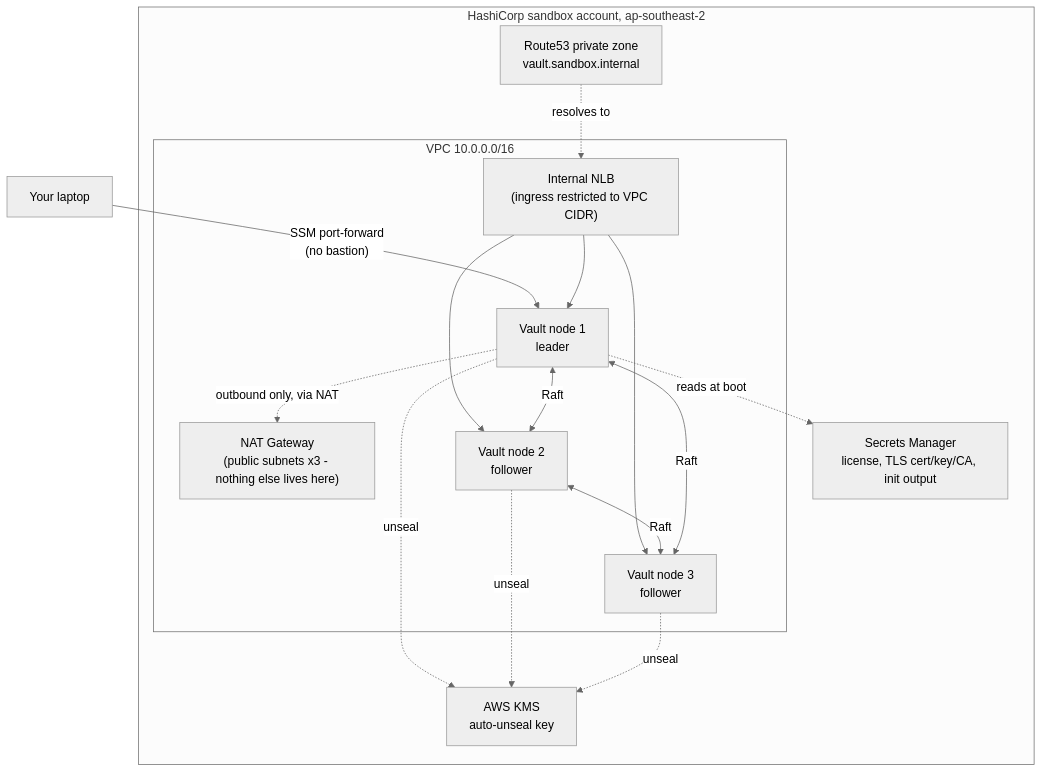
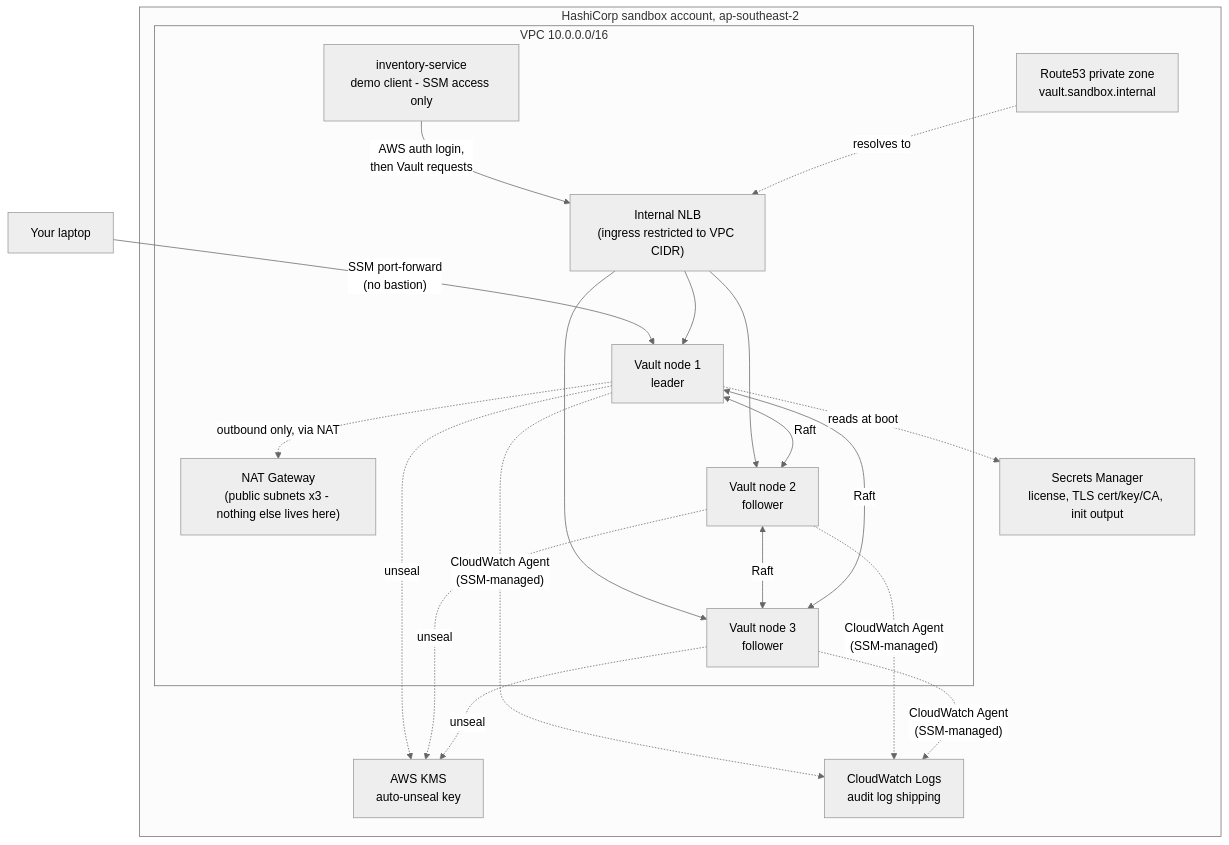
The diagram in docs/reference/architecture.md (markcarriedo/vault-enterprise-field-guide), drawn with Mermaid (neutral theme) before and after one commit. The commit also changed other lines of this file and 7 other files, not shown here.

First line of the commit message:
feat(vault): audit logging to CloudWatch via SSM State Manager

````diff
--- a/docs/reference/architecture.md
+++ b/docs/reference/architecture.md
@@ -6,31 +6,37 @@
 ```mermaid
 flowchart TB
     You["Your laptop"]
 
     subgraph AWS["HashiCorp sandbox account, ap-southeast-2"]
         subgraph VPC["VPC 10.0.0.0/16"]
             NAT["NAT Gateway\n(public subnets x3 - nothing else lives here)"]
             LB["Internal NLB\n(ingress restricted to VPC CIDR)"]
             V1["Vault node 1\nleader"]
             V2["Vault node 2\nfollower"]
             V3["Vault node 3\nfollower"]
+            App["inventory-service\ndemo client - SSM access only"]
         end
         KMS["AWS KMS\nauto-unseal key"]
         SM["Secrets Manager\nlicense, TLS cert/key/CA, init output"]
         R53["Route53 private zone\nvault.sandbox.internal"]
+        CW["CloudWatch Logs\naudit log shipping"]
     end
 
     You -->|"SSM port-forward\n(no bastion)"| V1
     LB --> V1
     LB --> V2
     LB --> V3
+    App -->|"AWS auth login,\nthen Vault requests"| LB
     V1 <-->|Raft| V2
     V2 <-->|Raft| V3
     V1 <-->|Raft| V3
     V1 -.->|unseal| KMS
     V2 -.->|unseal| KMS
     V3 -.->|unseal| KMS
     V1 -.->|reads at boot| SM
     R53 -.->|resolves to| LB
     V1 -.->|outbound only, via NAT| NAT
+    V1 -.->|"CloudWatch Agent\n(SSM-managed)"| CW
+    V2 -.->|"CloudWatch Agent\n(SSM-managed)"| CW
+    V3 -.->|"CloudWatch Agent\n(SSM-managed)"| CW
 ```
````
